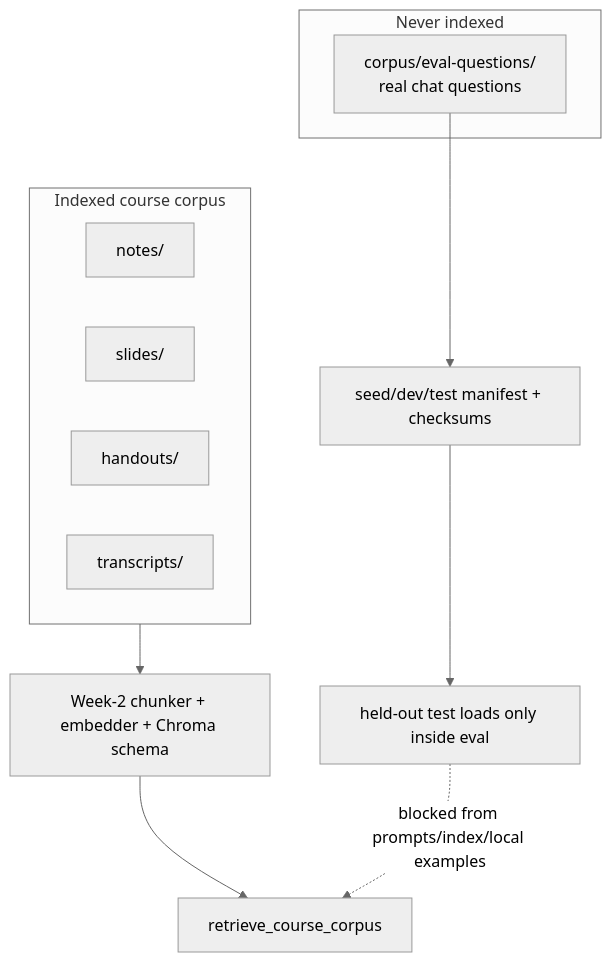
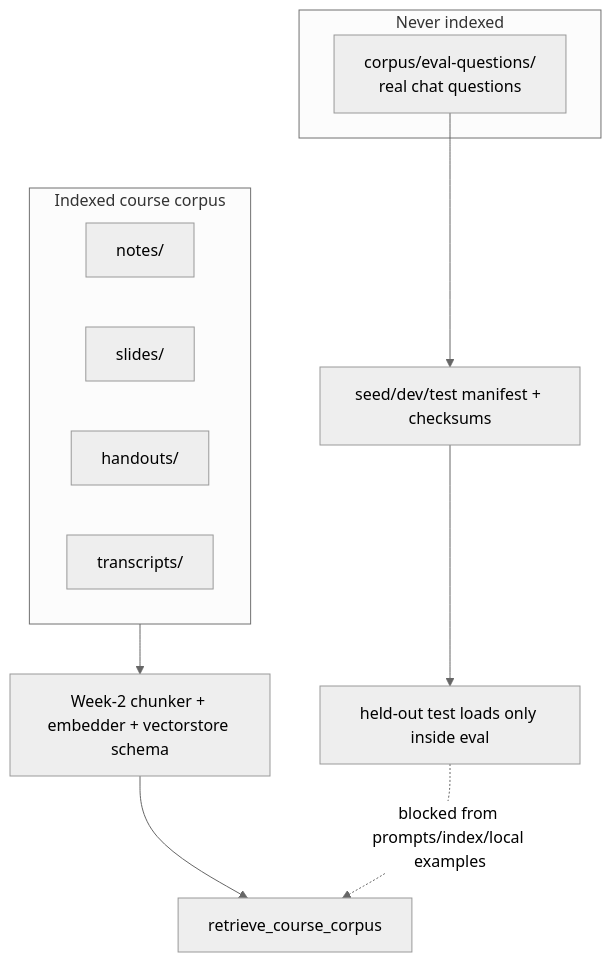
One commit to manjunath84/genacademy-coach changed the tenth of 11 diagrams in docs/architecture-diagrams.md. Above: the diagram before and after it, drawn with Mermaid (neutral theme). The commit also changed other lines of this file and 15 other files, not shown here.

Commit message:
feat: reuse week2 vectorstore for pinecone deploy

````diff
--- a/docs/architecture-diagrams.md
+++ b/docs/architecture-diagrams.md
@@ -303,20 +303,20 @@
 ```mermaid
 flowchart TD
     subgraph Indexed["Indexed course corpus"]
         N["notes/"]
         S["slides/"]
         H["handouts/"]
         T["transcripts/"]
     end
 
-    Ingest["Week-2 chunker + embedder + Chroma schema"]
+    Ingest["Week-2 chunker + embedder + vectorstore schema"]
     Indexed --> Ingest --> Retriever["retrieve_course_corpus"]
 
     subgraph NeverIndexed["Never indexed"]
         Q["corpus/eval-questions/\nreal chat questions"]
     end
 
     Q --> Split["seed/dev/test manifest + checksums"]
     Split --> Test["held-out test loads only inside eval"]
     Test -. blocked from prompts/index/local examples .-> Retriever
 ```
````
